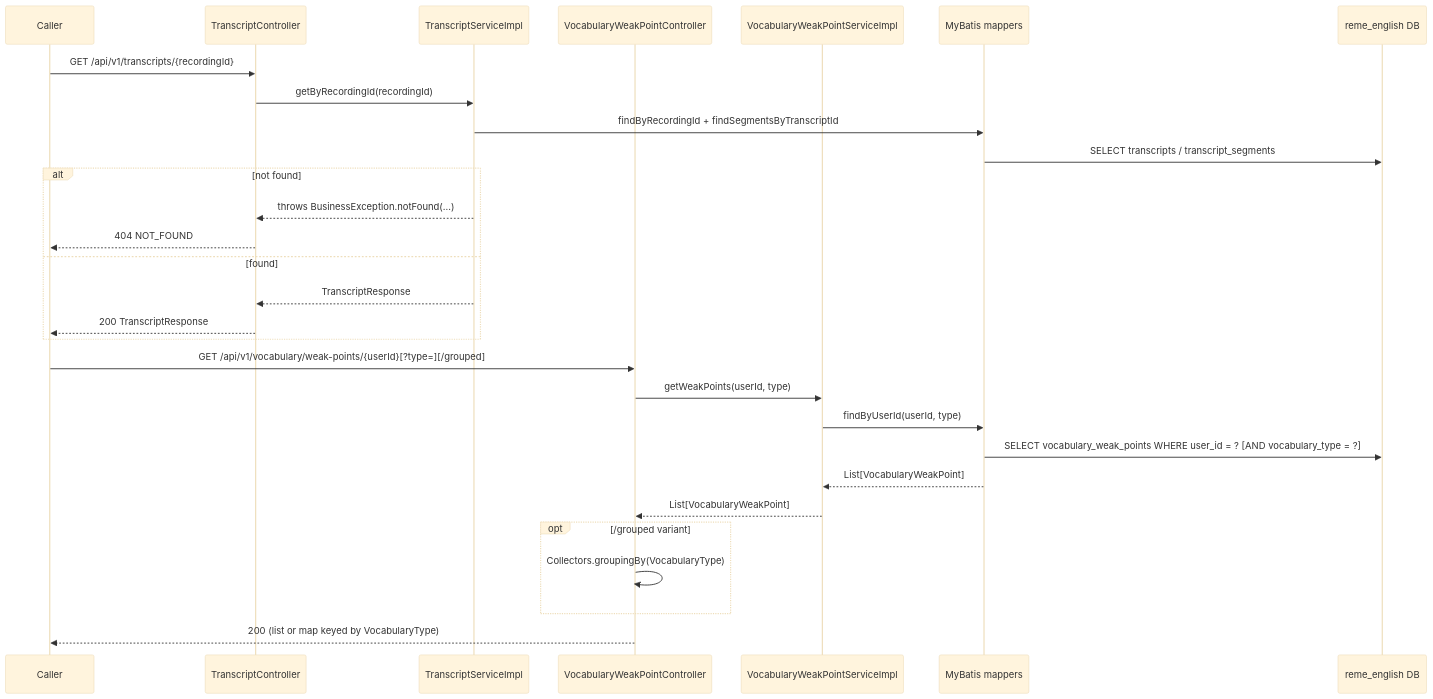
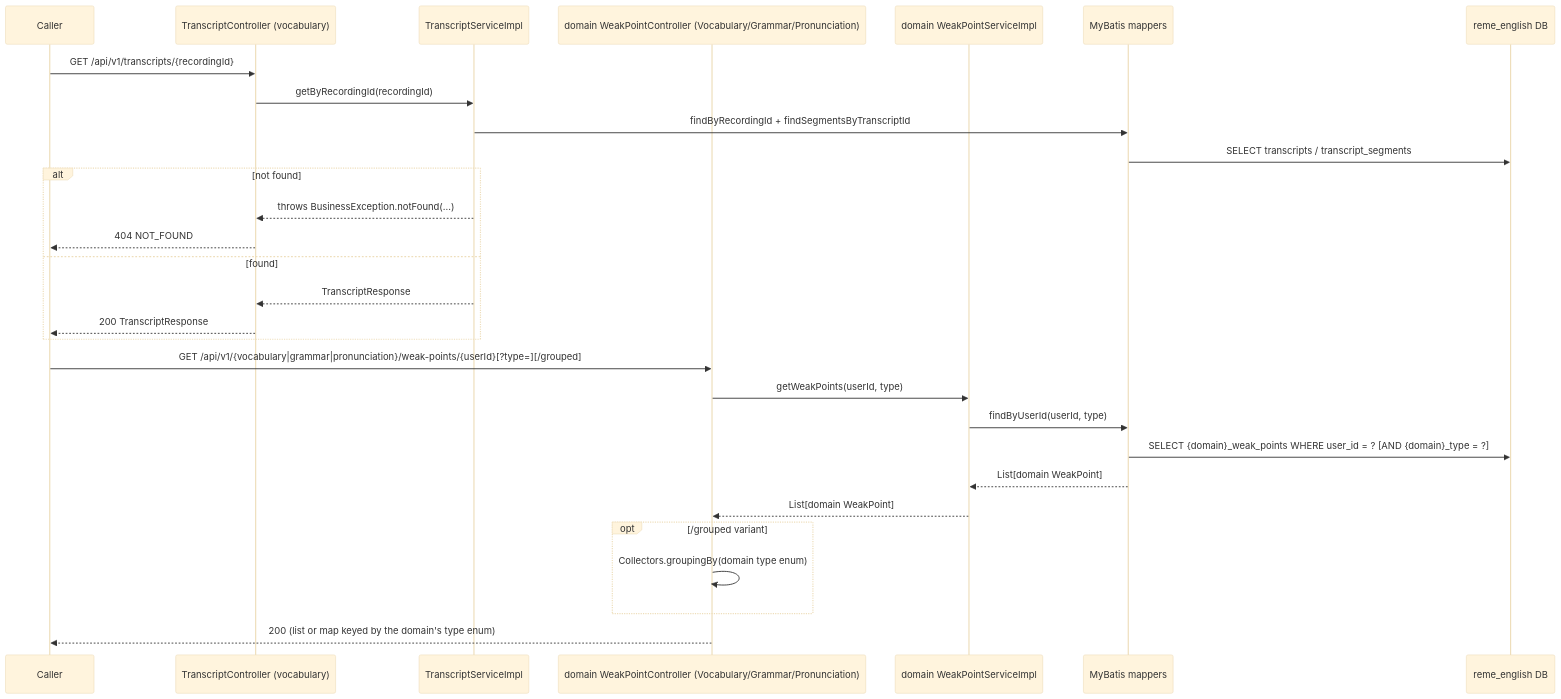
Before and after one commit to CuongNguyen13/RemeLearning: the second of 2 diagrams in docs/sequence/English_service/overview.md, drawn with Mermaid. The commit also changed other lines of this file and 173 other files, not shown here.

````diff
--- a/docs/sequence/English_service/overview.md
+++ b/docs/sequence/English_service/overview.md
@@ -73,39 +93,39 @@
 ```mermaid
 ---
 config:
   theme: base
   themeVariables:
     background: '#ffffff'
 ---
 sequenceDiagram
     participant Caller
-    participant TCtrl as TranscriptController
+    participant TCtrl as TranscriptController (vocabulary)
     participant TSvc as TranscriptServiceImpl
-    participant WCtrl as VocabularyWeakPointController
-    participant WSvc as VocabularyWeakPointServiceImpl
+    participant WCtrl as domain WeakPointController (Vocabulary/Grammar/Pronunciation)
+    participant WSvc as domain WeakPointServiceImpl
     participant Mapper as MyBatis mappers
     participant DB as reme_english DB
 
     Caller->>TCtrl: GET /api/v1/transcripts/{recordingId}
     TCtrl->>TSvc: getByRecordingId(recordingId)
     TSvc->>Mapper: findByRecordingId + findSegmentsByTranscriptId
     Mapper->>DB: SELECT transcripts / transcript_segments
     alt not found
         TSvc-->>TCtrl: throws BusinessException.notFound(...)
         TCtrl-->>Caller: 404 NOT_FOUND
     else found
         TSvc-->>TCtrl: TranscriptResponse
         TCtrl-->>Caller: 200 TranscriptResponse
     end
 
-    Caller->>WCtrl: GET /api/v1/vocabulary/weak-points/{userId}[?type=][/grouped]
+    Caller->>WCtrl: GET /api/v1/{vocabulary|grammar|pronunciation}/weak-points/{userId}[?type=][/grouped]
     WCtrl->>WSvc: getWeakPoints(userId, type)
     WSvc->>Mapper: findByUserId(userId, type)
-    Mapper->>DB: SELECT vocabulary_weak_points WHERE user_id = ? [AND vocabulary_type = ?]
-    Mapper-->>WSvc: List[VocabularyWeakPoint]
-    WSvc-->>WCtrl: List[VocabularyWeakPoint]
+    Mapper->>DB: SELECT {domain}_weak_points WHERE user_id = ? [AND {domain}_type = ?]
+    Mapper-->>WSvc: List[domain WeakPoint]
+    WSvc-->>WCtrl: List[domain WeakPoint]
     opt /grouped variant
-        WCtrl->>WCtrl: Collectors.groupingBy(VocabularyType)
+        WCtrl->>WCtrl: Collectors.groupingBy(domain type enum)
     end
-    WCtrl-->>Caller: 200 (list or map keyed by VocabularyType)
+    WCtrl-->>Caller: 200 (list or map keyed by the domain's type enum)
 ```
````
